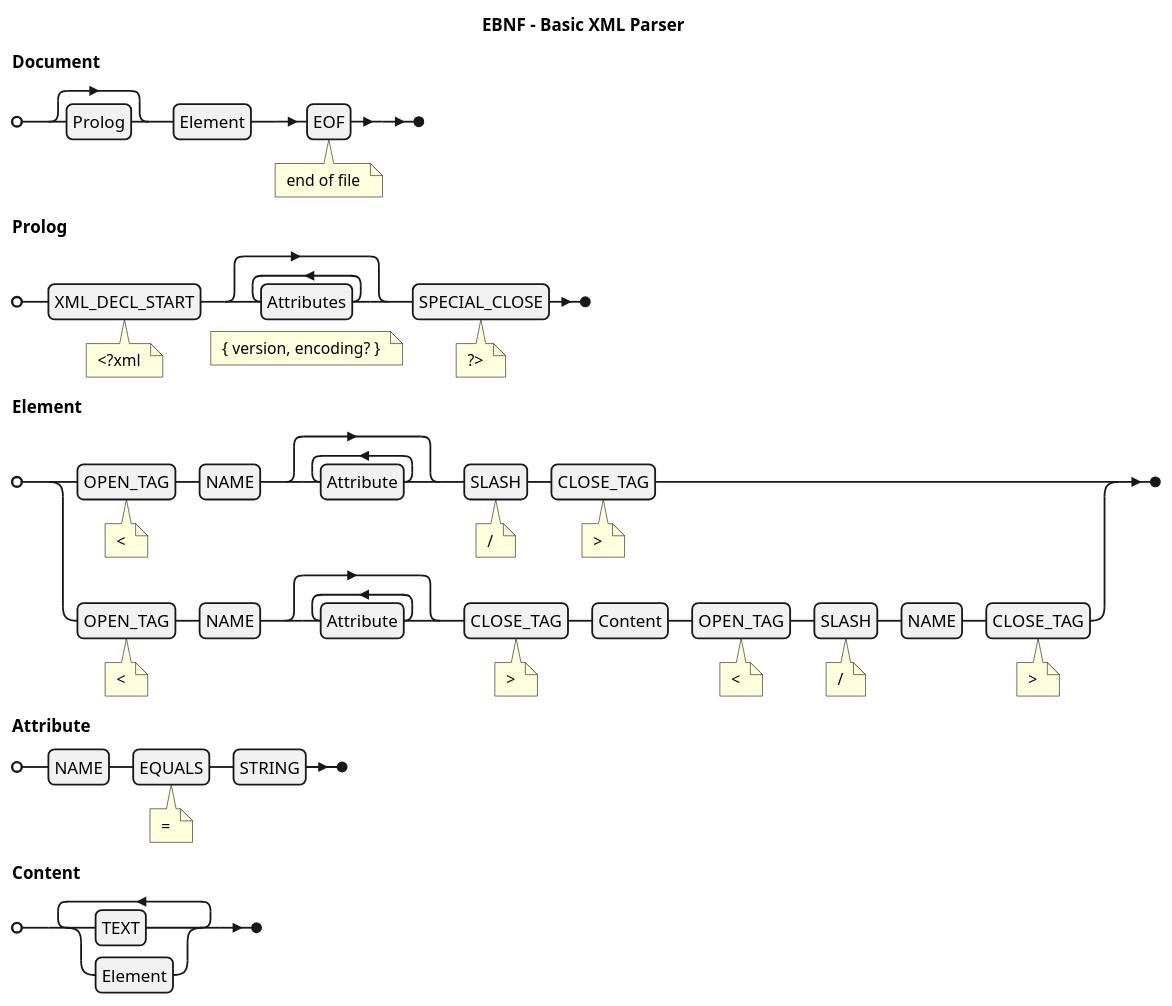
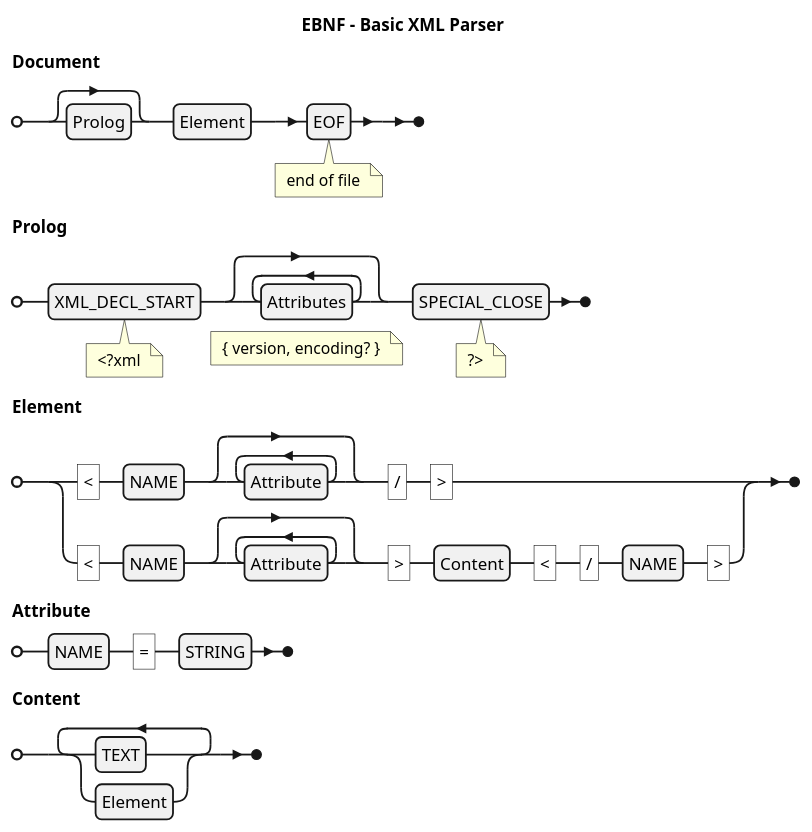
The diagram in implementations/ts-parser-xml/assets/plantuml/parser-xml.plantuml (erkobridee/ds-ast), drawn with PlantUML before and after one commit. The commit also changed 4 other files, not shown here.

```diff
--- a/implementations/ts-parser-xml/assets/plantuml/parser-xml.plantuml
+++ b/implementations/ts-parser-xml/assets/plantuml/parser-xml.plantuml
@@ -1,23 +1,23 @@
 @startebnf
 title EBNF - Basic XML Parser
 
 
 Document = [ Prolog ] , Element , EOF (* end of file *) ;
 
 Prolog = XML_DECL_START (* <?xml *) , { Attributes } (* { version, encoding? } *) , SPECIAL_CLOSE (* ?> *) ;
 
 Element = (
-    OPEN_TAG (* < *) , NAME , { Attribute } , SLASH (* / *) , CLOSE_TAG (* > *) |
-    OPEN_TAG (* < *) , NAME , { Attribute } , CLOSE_TAG (* > *) , Content , OPEN_TAG (* < *) , SLASH (* / *) , NAME , CLOSE_TAG (* > *)
+    "<" , NAME , { Attribute } , "/" , ">" |
+    "<" , NAME , { Attribute } , ">" , Content , "<" , "/" , NAME , ">"
   ) 
   ;
 
-Attribute = NAME , EQUALS (* = *) , STRING ;
+Attribute = NAME , "=" , STRING ;
 
 Content = { ( 
     TEXT |
     Element
   ) }-
   ;
 
 @endebnf
```
